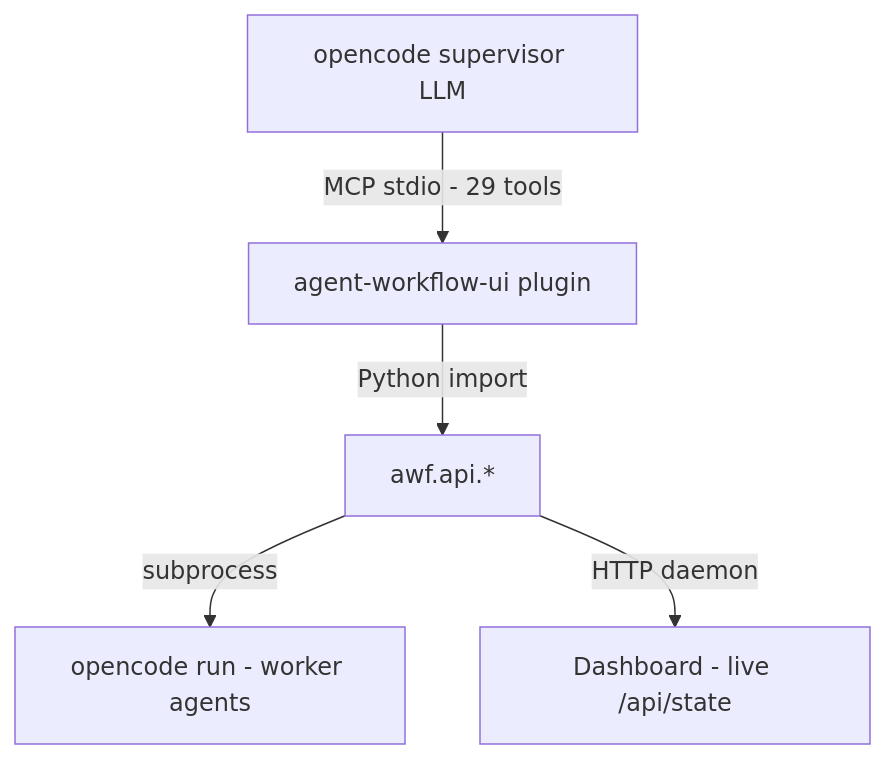
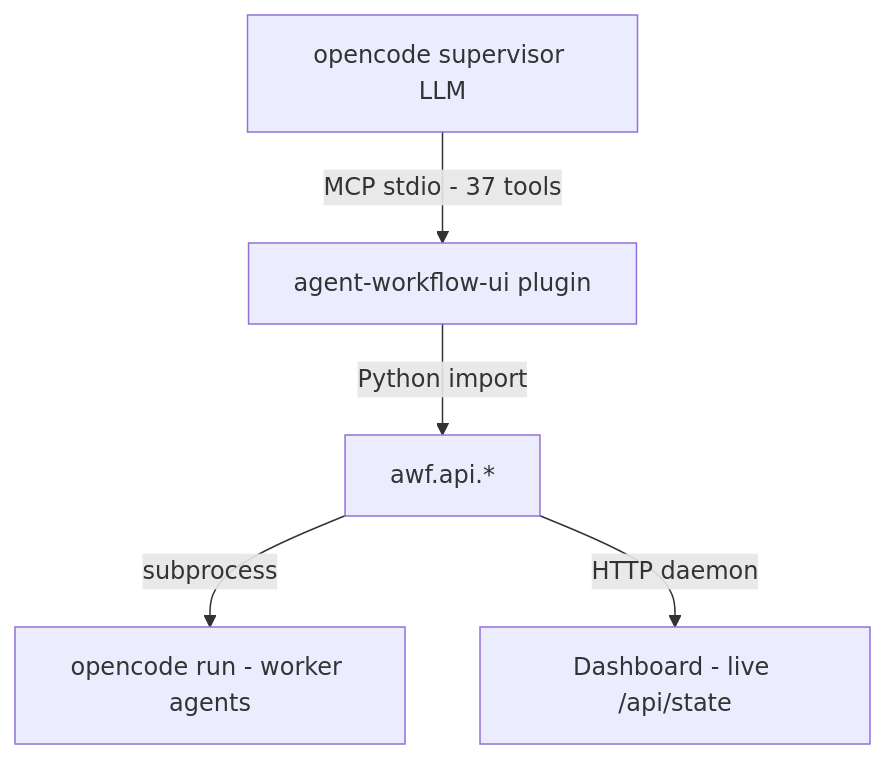
One commit to EnerJizeIT/agentic-workflow changed the diagram in vision/architecture.md. Above: the diagram before and after it, drawn with Mermaid. The commit also changed other lines of this file and 25 other files, not shown here.

````diff
--- a/vision/architecture.md
+++ b/vision/architecture.md
@@ -9,7 +9,7 @@
 ```mermaid
 graph TD
-    A[opencode supervisor LLM] -->|MCP stdio - 29 tools| B[agent-workflow-ui plugin]
+    A[opencode supervisor LLM] -->|MCP stdio - 37 tools| B[agent-workflow-ui plugin]
     B -->|Python import| C[awf.api.*]
     C -->|subprocess| D[opencode run - worker agents]
     C -->|HTTP daemon| E[Dashboard - live /api/state]
 ```
````
